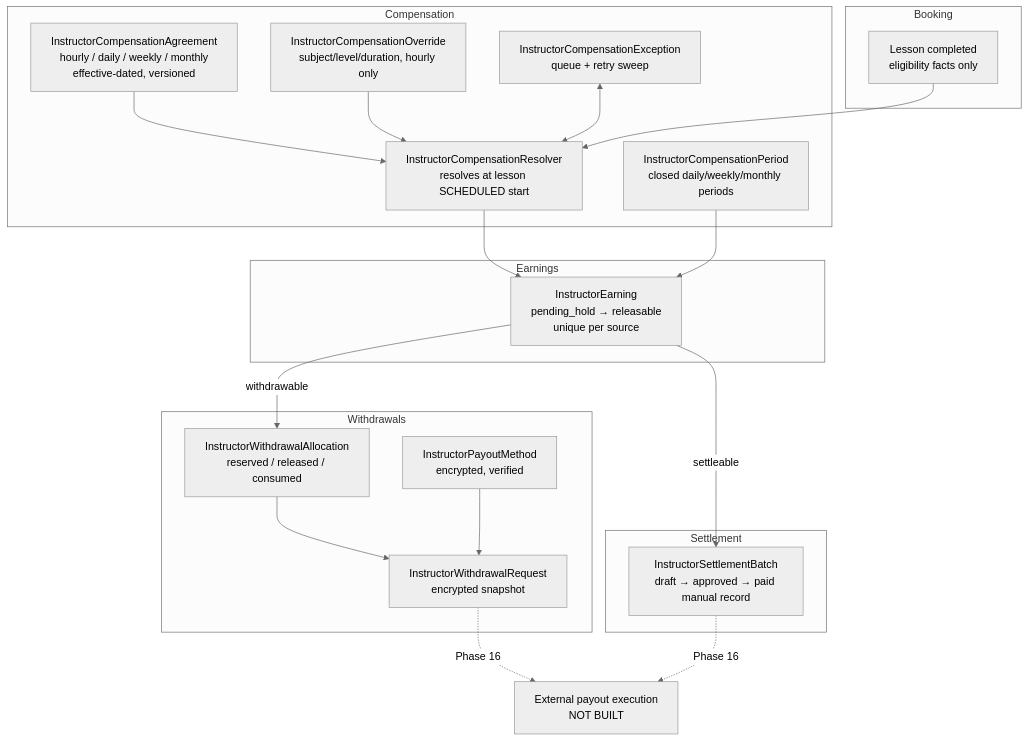
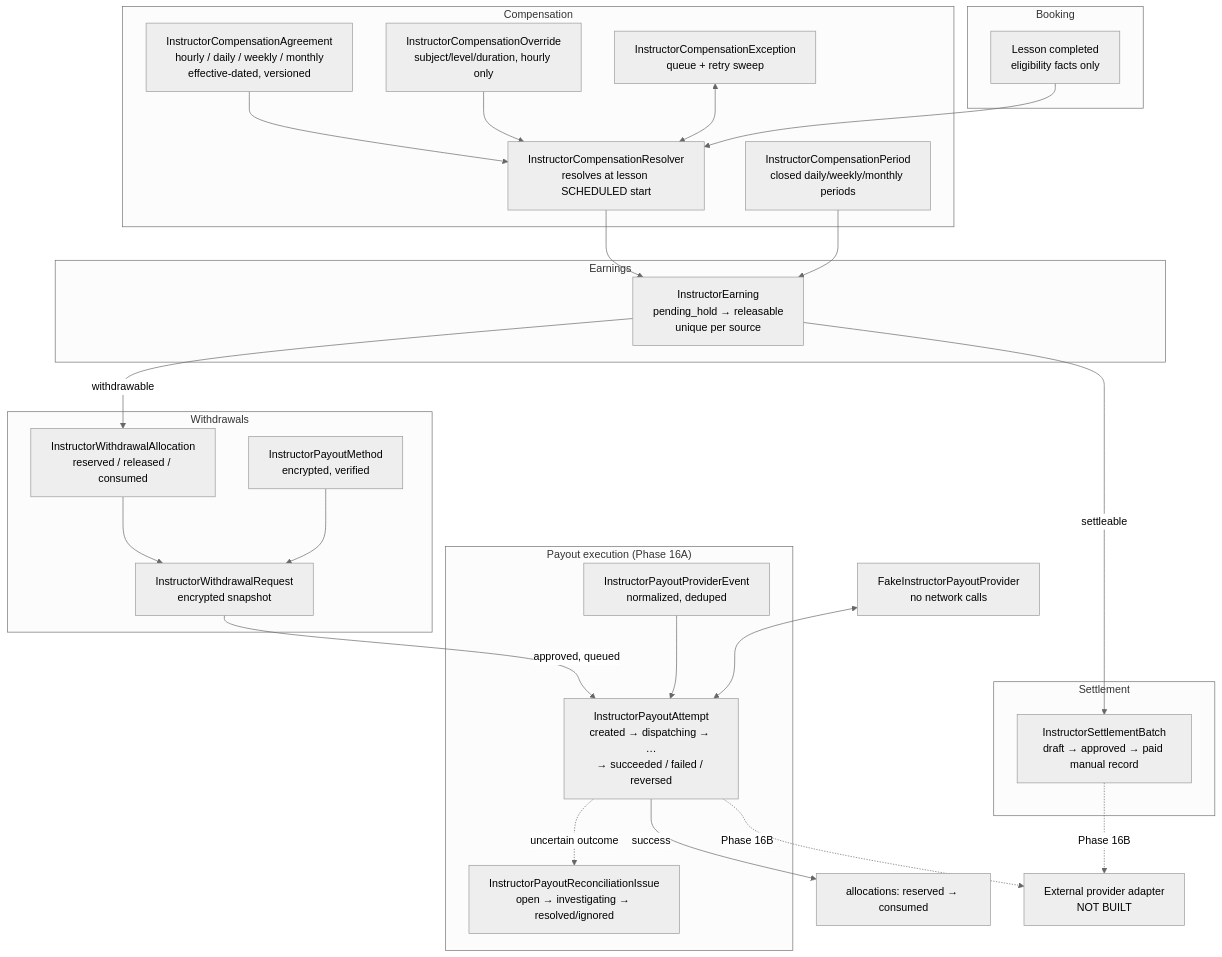
Before and after one commit to nileshkushvaha/siri-education: the first of 5 diagrams in docs/financial-domain-architecture.md, drawn with Mermaid (neutral theme). The commit also changed other lines of this file and 81 other files, not shown here.

Commit message:
Provider-Neutral Instructor Payout Execution & Reconciliation Foundation

````diff
--- a/docs/financial-domain-architecture.md
+++ b/docs/financial-domain-architecture.md
@@ -28,30 +32,40 @@
 ```mermaid
 flowchart TD
     subgraph Compensation
         A[InstructorCompensationAgreement\nhourly / daily / weekly / monthly\neffective-dated, versioned] --> R[InstructorCompensationResolver\nresolves at lesson SCHEDULED start]
         O[InstructorCompensationOverride\nsubject/level/duration, hourly only] --> R
         X[InstructorCompensationException\nqueue + retry sweep] <--> R
         P[InstructorCompensationPeriod\nclosed daily/weekly/monthly periods]
     end
     subgraph Booking
         L[Lesson completed\neligibility facts only]
     end
     subgraph Earnings
         E[InstructorEarning\npending_hold → releasable\nunique per source]
     end
     L --> R --> E
     P --> E
     subgraph Settlement
         S[InstructorSettlementBatch\ndraft → approved → paid manual record]
     end
     subgraph Withdrawals
         M[InstructorPayoutMethod\nencrypted, verified]
         W[InstructorWithdrawalRequest\nencrypted snapshot]
         AL[InstructorWithdrawalAllocation\nreserved / released / consumed]
     end
     E -->|settleable| S
     E -->|withdrawable| AL --> W
     M --> W
-    W -.->|Phase 16| PAY[External payout execution\nNOT BUILT]
-    S -.->|Phase 16| PAY
+    subgraph "Payout execution (Phase 16A)"
+        PA[InstructorPayoutAttempt\ncreated → dispatching → …\n→ succeeded / failed / reversed]
+        PE[InstructorPayoutProviderEvent\nnormalized, deduped]
+        RI[InstructorPayoutReconciliationIssue\nopen → investigating → resolved/ignored]
+    end
+    W -->|approved, queued| PA
+    PA -->|success| AL2[allocations: reserved → consumed]
+    PA -.uncertain outcome.-> RI
+    PE --> PA
+    FP[FakeInstructorPayoutProvider\nno network calls] <--> PA
+    S -.->|Phase 16B| PAYX[External provider adapter\nNOT BUILT]
+    PA -.->|Phase 16B| PAYX
 ```
````
